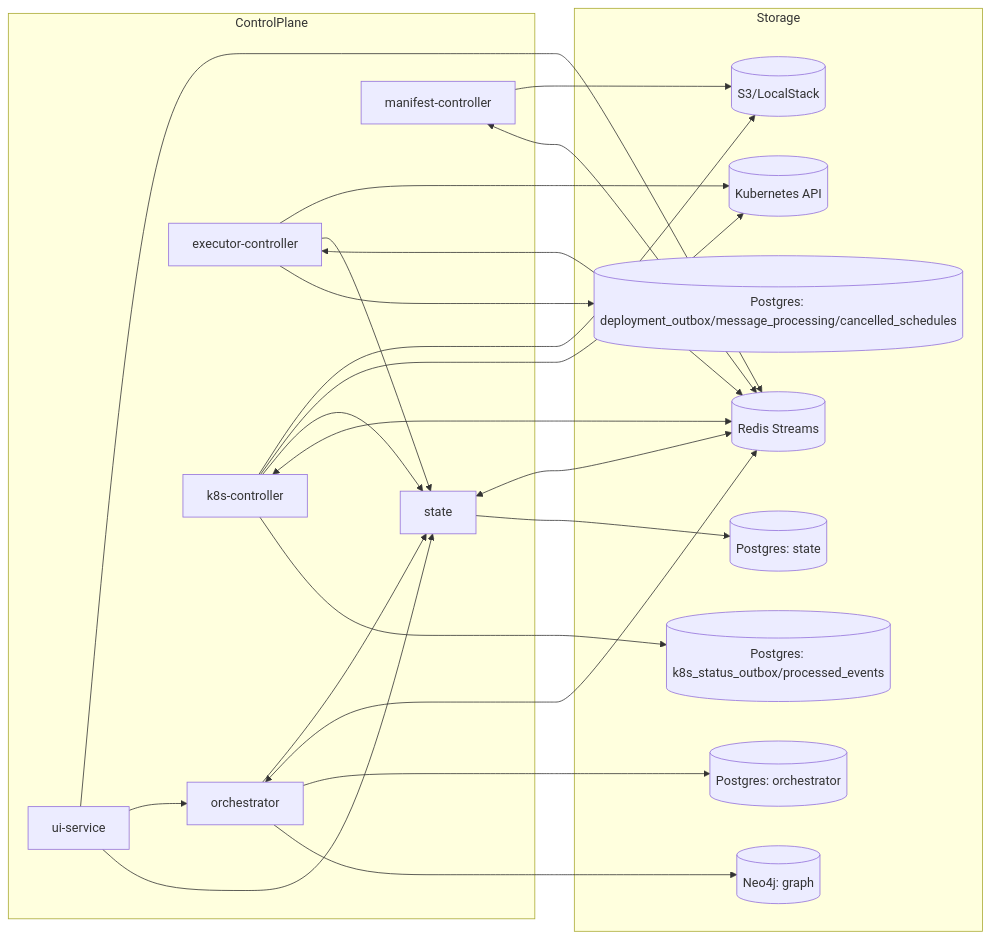
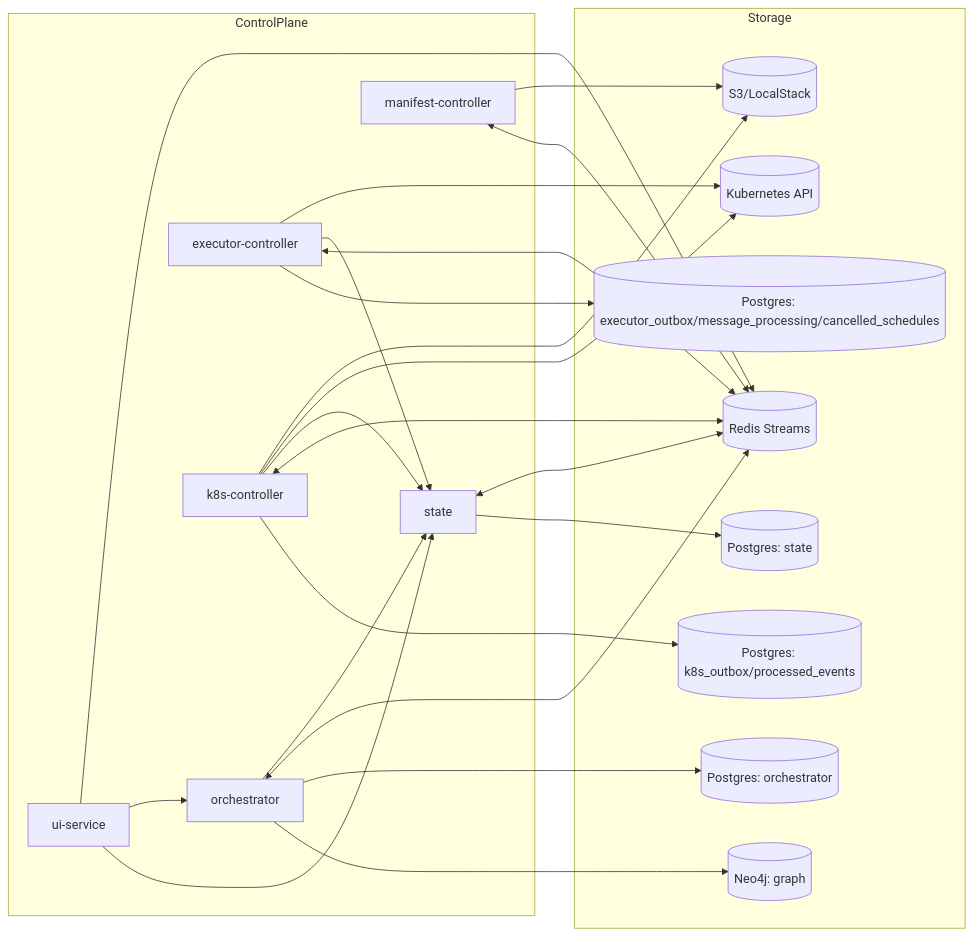
One commit to carolsimone/continuo changed the first of 2 diagrams in docs/arch/01-topology.md. Above: the diagram before and after it, drawn with Mermaid. The commit also changed other lines of this file and 7 other files, not shown here.

````diff
--- a/docs/arch/01-topology.md
+++ b/docs/arch/01-topology.md
@@ -5,46 +5,46 @@
 ```mermaid
 flowchart LR
   subgraph ControlPlane
     ST[state]
     OR[orchestrator]
     EC[executor-controller]
     KC[k8s-controller]
     MC[manifest-controller]
     UI[ui-service]
   end
 
   subgraph Storage
     STDB[(Postgres: state)]
     ORPG[(Postgres: orchestrator)]
     GRDB[(Neo4j: graph)]
-    ECPG[(Postgres: deployment_outbox/message_processing/cancelled_schedules)]
-    KCPG[(Postgres: k8s_status_outbox/processed_events)]
+    ECPG[(Postgres: executor_outbox/message_processing/cancelled_schedules)]
+    KCPG[(Postgres: k8s_outbox/processed_events)]
     S3[(S3/LocalStack)]
     K8S[(Kubernetes API)]
     R[(Redis Streams)]
   end
 
   ST --> STDB
   OR --> GRDB
   OR --> ORPG
   EC --> ECPG
   KC --> KCPG
 
   ST <--> R
   OR <--> R
   EC <--> R
   KC <--> R
   MC <--> R
 
   OR --> ST
   EC --> ST
   KC --> ST
   UI --> ST
   UI --> OR
   UI --> R
 
   EC --> K8S
   KC --> K8S
   KC --> S3
   MC --> S3
 ```
````
